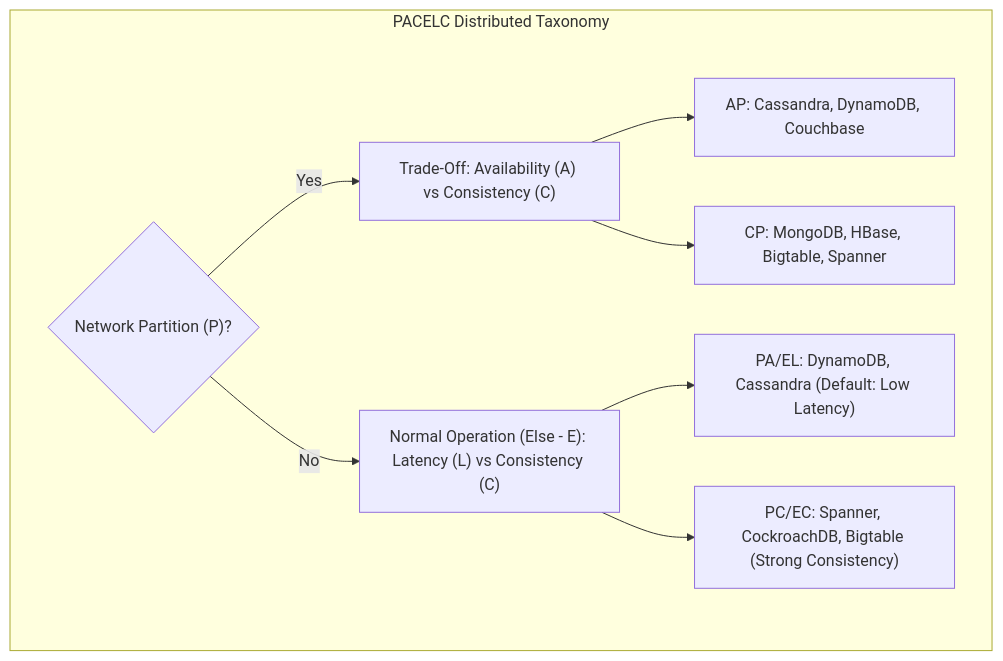
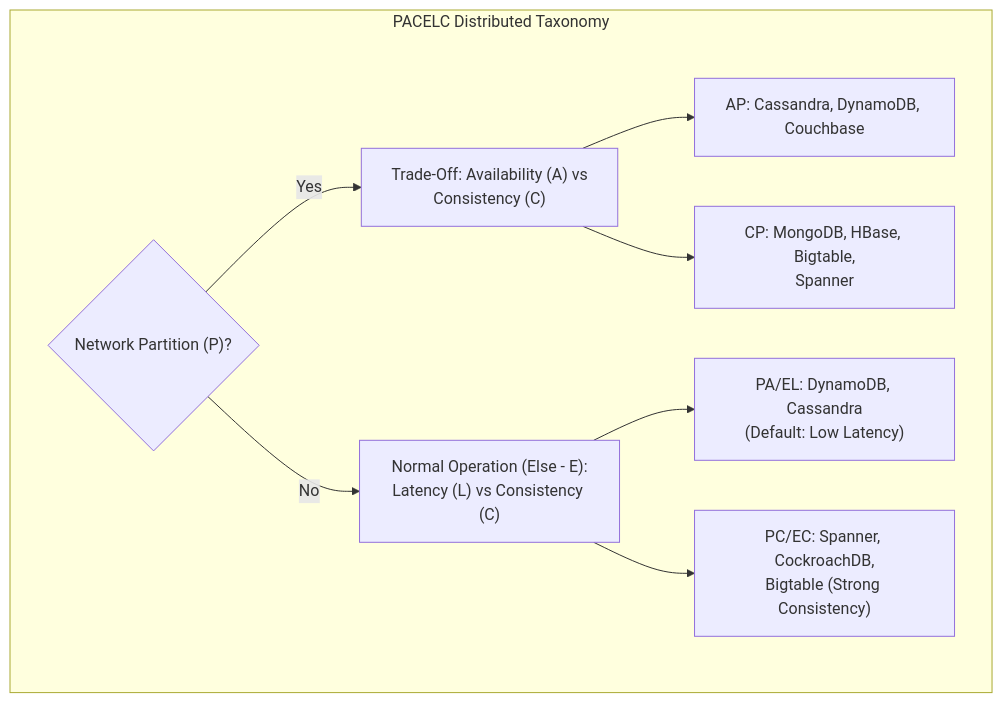
The first of 3 diagrams in architectures/05_nosql_systems_storage_engines_and_tradeoffs.md (santoshjammi29/sql-handbook), drawn with Mermaid before and after one commit. The commit also changed other lines of this file and 17 other files, not shown here.

Commit message:
fix(diagrams): word-wrap labels and escape comparison operators across all diagrams

````diff
--- a/architectures/05_nosql_systems_storage_engines_and_tradeoffs.md
+++ b/architectures/05_nosql_systems_storage_engines_and_tradeoffs.md
@@ -25,13 +25,13 @@
 ```mermaid
 flowchart TD
     subgraph PACELC["PACELC Distributed Taxonomy"]
         P{"Network Partition (P)?"}
-        P -->|Yes| P_Trade["Trade-Off: Availability (A) vs Consistency (C)"]
+        P -->|Yes| P_Trade["Trade-Off: Availability (A) vs<br/>Consistency (C)"]
         P_Trade --> PA["AP: Cassandra, DynamoDB, Couchbase"]
-        P_Trade --> PC["CP: MongoDB, HBase, Bigtable, Spanner"]
+        P_Trade --> PC["CP: MongoDB, HBase, Bigtable,<br/>Spanner"]
 
-        P -->|No| E_Trade["Normal Operation (Else - E): Latency (L) vs Consistency (C)"]
-        E_Trade --> EL["PA/EL: DynamoDB, Cassandra (Default: Low Latency)"]
-        E_Trade --> EC["PC/EC: Spanner, CockroachDB, Bigtable (Strong Consistency)"]
+        P -->|No| E_Trade["Normal Operation (Else - E):<br/>Latency (L) vs Consistency (C)"]
+        E_Trade --> EL["PA/EL: DynamoDB, Cassandra<br/>(Default: Low Latency)"]
+        E_Trade --> EC["PC/EC: Spanner, CockroachDB,<br/>Bigtable (Strong Consistency)"]
     end
 ```
````
